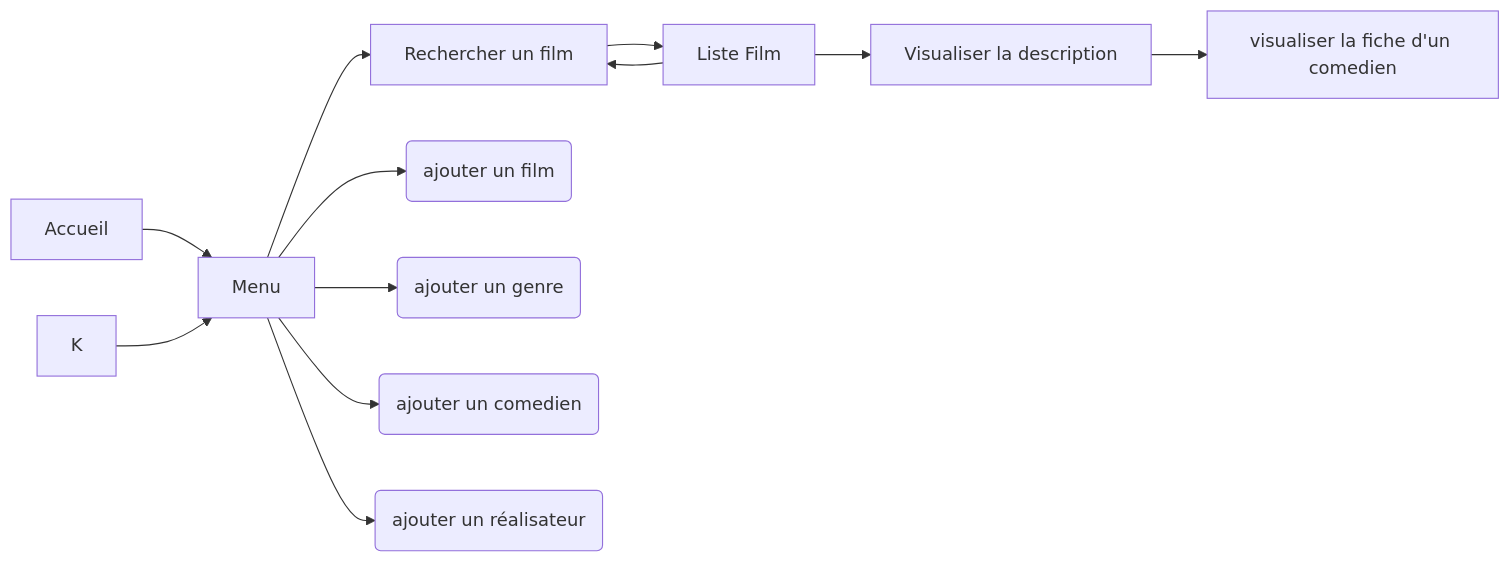
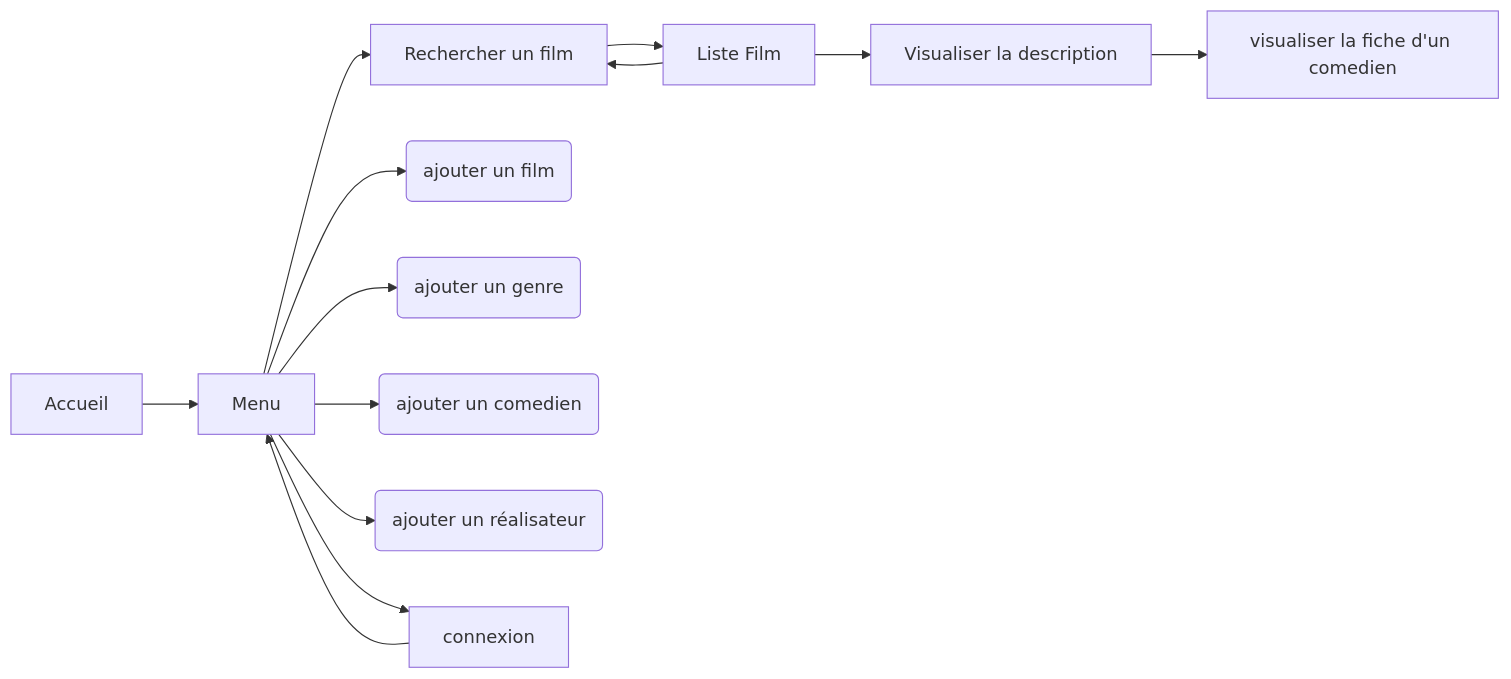
One commit to Remynder0/cours_BUT_24-25 changed the first of 3 diagrams in README.md. Above: the diagram before and after it, drawn with Mermaid. The commit also changed other lines of this file, not shown here.

````diff
--- a/README.md
+++ b/README.md
@@ -120,22 +120,24 @@
 ```mermaid
 graph LR
 
 A[Accueil]
 B[Visualiser la description]
 C[Rechercher un film]
 D[Liste Film] 
 E[Menu]
 J[visualiser la fiche d'un comedien]
 F(ajouter un film)
 G(ajouter un genre) 
 H(ajouter un comedien) 
 I(ajouter un réalisateur)
+K[connexion]
 
 A --> E --> C --> D --> B --> J
 D --> C
 E --> F
 E --> G
 E --> H
 E --> I
+E --> K
 K --> E
 ```
````
